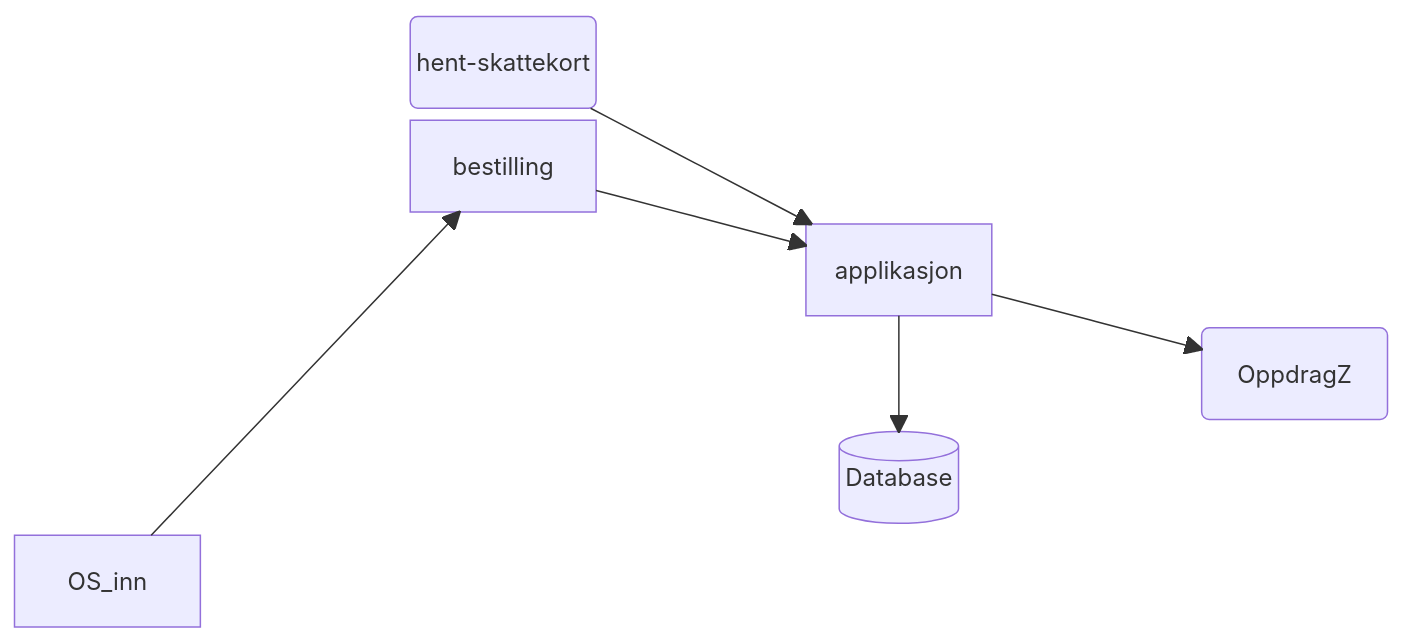
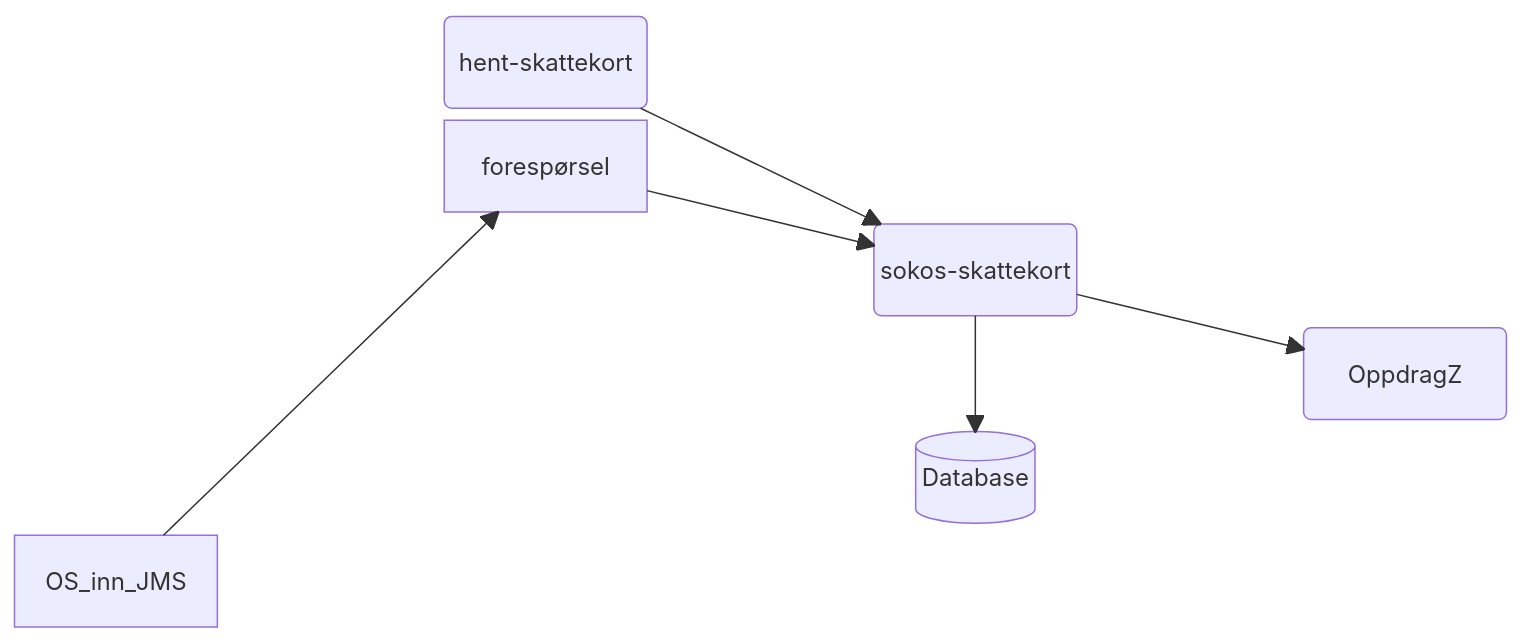
The diagram in dokumentasjon/arkitektur/arkitektur.md (navikt/sokos-skattekort), drawn with Mermaid before and after one commit. The commit also changed 1 other file, not shown here.

Commit message:
TOB-6796 Oppdaterer dokumentasjon

````diff
--- a/dokumentasjon/arkitektur/arkitektur.md
+++ b/dokumentasjon/arkitektur/arkitektur.md
@@ -5,15 +5,15 @@
 ```mermaid
 block-beta
     columns 7
     space space hent("hent-skattekort") space space space space
-    space space bestilling space space space space
-    space space space space applikasjon space space
+    space space forespørsel space space space space
+    space space space space sokosskattekort("sokos-skattekort") space space
     space space space space space space OS("OppdragZ")
     space space space space db[("Database")] space space
-    OS_inn --> bestilling
-    space bestilling --> applikasjon
-    space applikasjon --> OS
-    space applikasjon --> db
-    hent --> applikasjon
+    OS_inn_JMS --> forespørsel
+    space forespørsel --> sokosskattekort
+    space sokosskattekort --> OS
+    space sokosskattekort --> db
+    hent --> sokosskattekort
 
 ```
````
